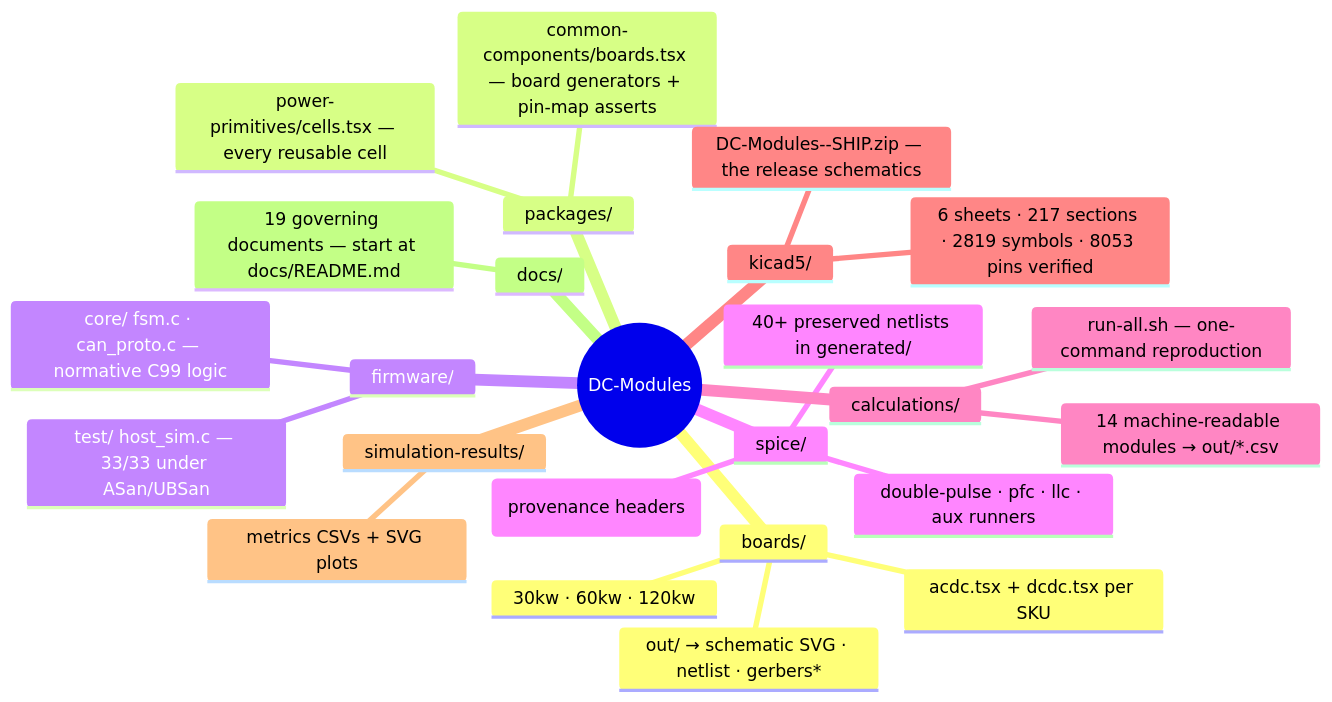
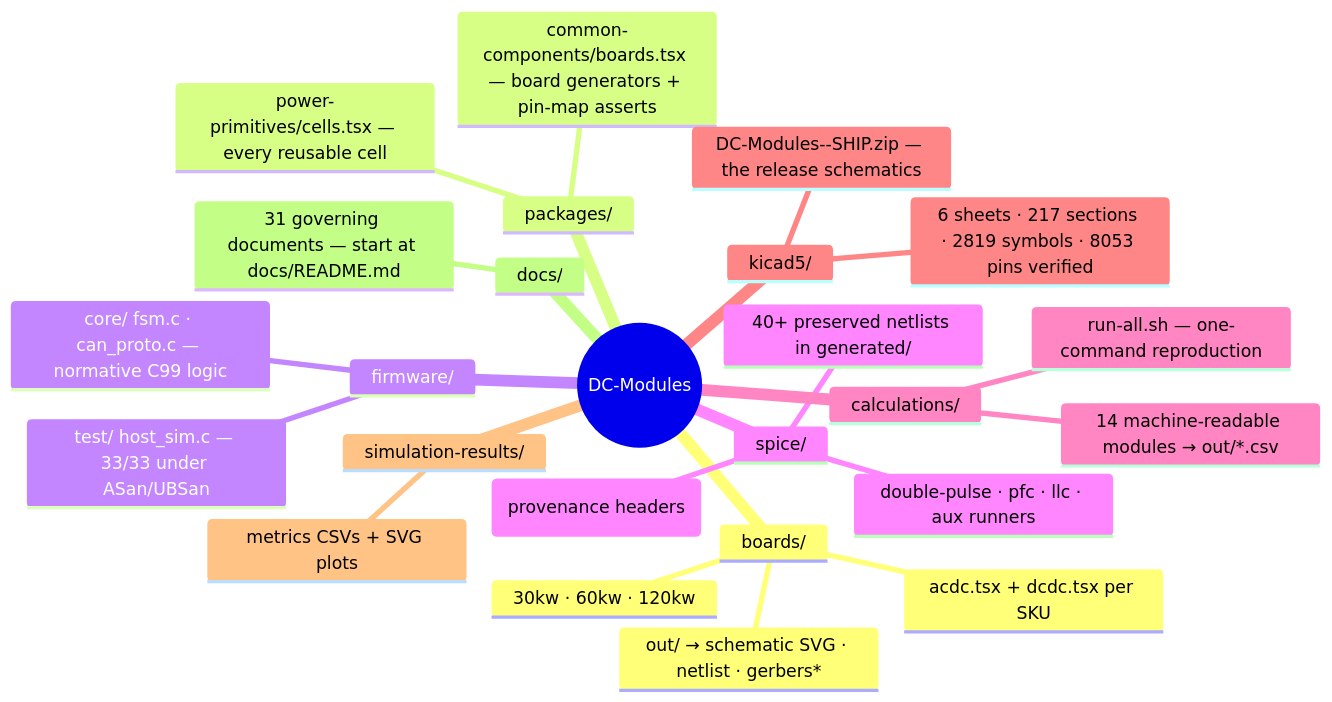
One commit to vectivolt/DC-Modules changed the second of 3 diagrams in README.md. Above: the diagram before and after it, drawn with Mermaid. The commit also changed other lines of this file and 4 other files, not shown here.

````diff
--- a/README.md
+++ b/README.md
@@ -82,28 +82,28 @@
 ```mermaid
 mindmap
   root((DC-Modules))
     boards/
       30kw · 60kw · 120kw
       acdc.tsx + dcdc.tsx per SKU
       out/ → schematic SVG · netlist · gerbers*
     packages/
       power-primitives/cells.tsx — every reusable cell
       common-components/boards.tsx — board generators + pin-map asserts
     firmware/
       core/ fsm.c · can_proto.c — normative C99 logic
       test/ host_sim.c — 33/33 under ASan/UBSan
     spice/
       models/ behavioral SiC lib (provenance headers)
       40+ preserved netlists in generated/
       double-pulse · pfc · llc · aux runners
     calculations/
       14 machine-readable modules → out/*.csv
       run-all.sh — one-command reproduction
     kicad5/
       DC-Modules-<sku>-SHIP.zip — the release schematics
       6 sheets · 217 sections · 2819 symbols · 8053 pins verified
     simulation-results/
       metrics CSVs + SVG plots
     docs/
-      19 governing documents — start at docs/README.md
+      31 governing documents — start at docs/README.md
 ```
````
